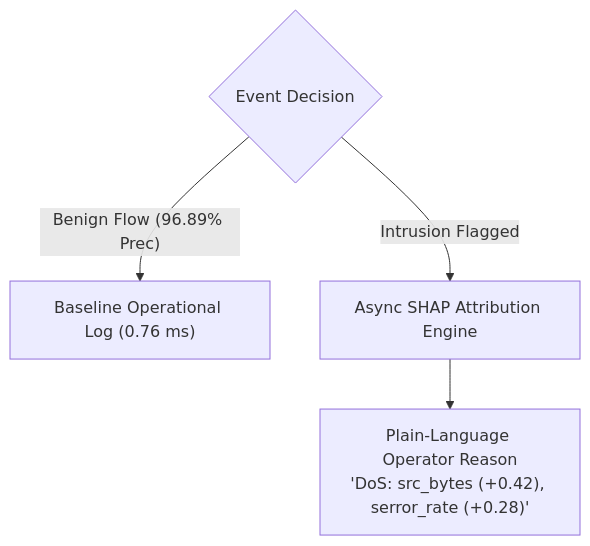
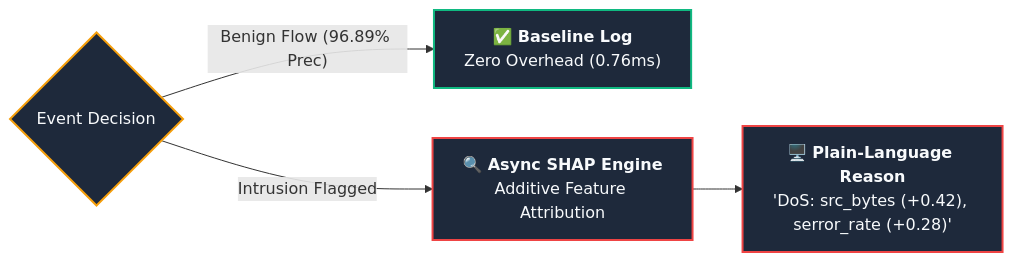
The second of 3 diagrams in research/conference_presentation.md (mhiskall282/Securing-the-Digital-Mine-UNESCO-Project), drawn with Mermaid before and after one commit. The commit also changed 9 other files, not shown here.

Commit message:
style(docs): optimize Mermaid diagrams for GitBook with wide horizontal layouts and high contrast

````diff
--- a/research/conference_presentation.md
+++ b/research/conference_presentation.md
@@ -168,7 +168,18 @@
 ```mermaid
-flowchart TD
+flowchart LR
     DEC{"Event Decision"}
-    DEC -- "Benign Flow (96.89% Prec)" --> OK["Baseline Operational Log (0.76 ms)"]
-    DEC -- "Intrusion Flagged" --> SHAP["Async SHAP Attribution Engine"]
-    SHAP --> REASON["Plain-Language Operator Reason<br/>'DoS: src_bytes (+0.42), serror_rate (+0.28)'"]
+    OK["✅ <b>Baseline Log</b><br/>Zero Overhead (0.76ms)"]
+    SHAP["🔍 <b>Async SHAP Engine</b><br/>Additive Feature Attribution"]
+    REASON["🖥️ <b>Plain-Language Reason</b><br/>'DoS: src_bytes (+0.42), serror_rate (+0.28)'"]
+
+    DEC -- "Benign Flow (96.89% Prec)" --> OK
+    DEC -- "Intrusion Flagged" --> SHAP --> REASON
+
+    classDef d1 fill:#1e293b,stroke:#f59e0b,stroke-width:2px,color:#f8fafc;
+    classDef d2 fill:#1e293b,stroke:#10b981,stroke-width:2px,color:#f8fafc;
+    classDef d3 fill:#1e293b,stroke:#ef4444,stroke-width:2px,color:#f8fafc;
+
+    class DEC d1;
+    class OK d2;
+    class SHAP,REASON d3;
 ```
````
